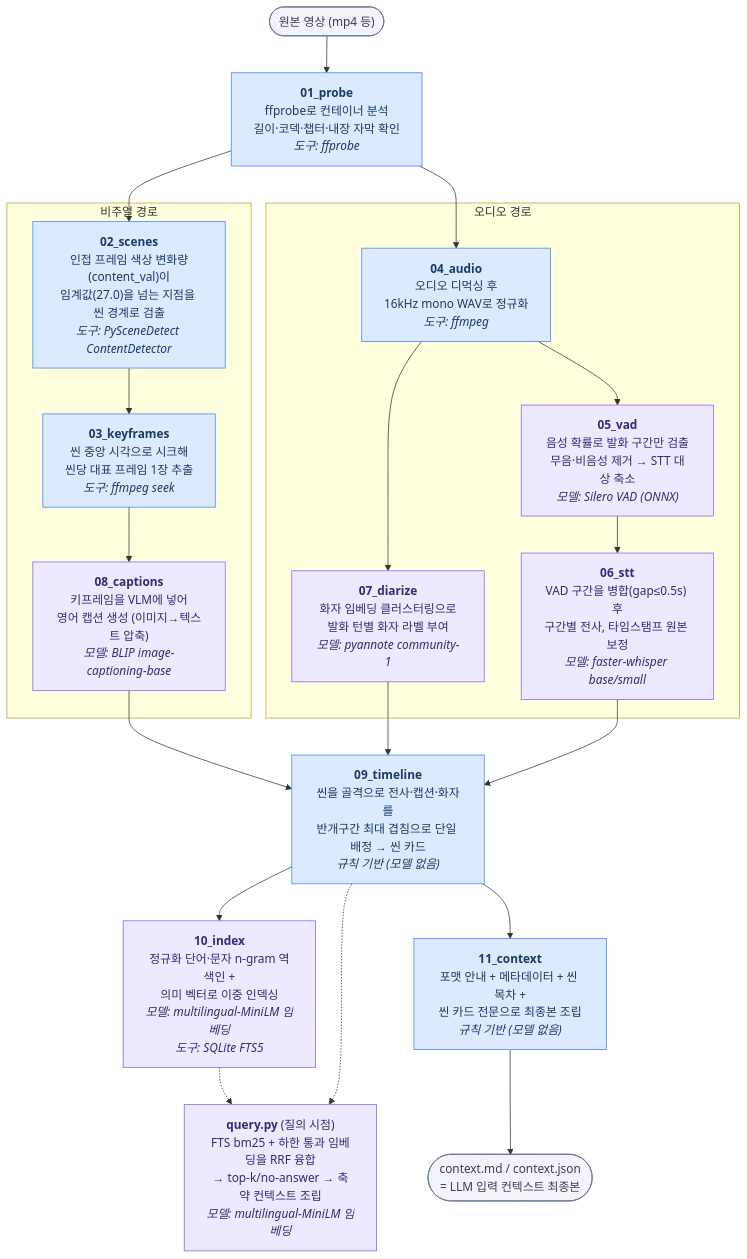
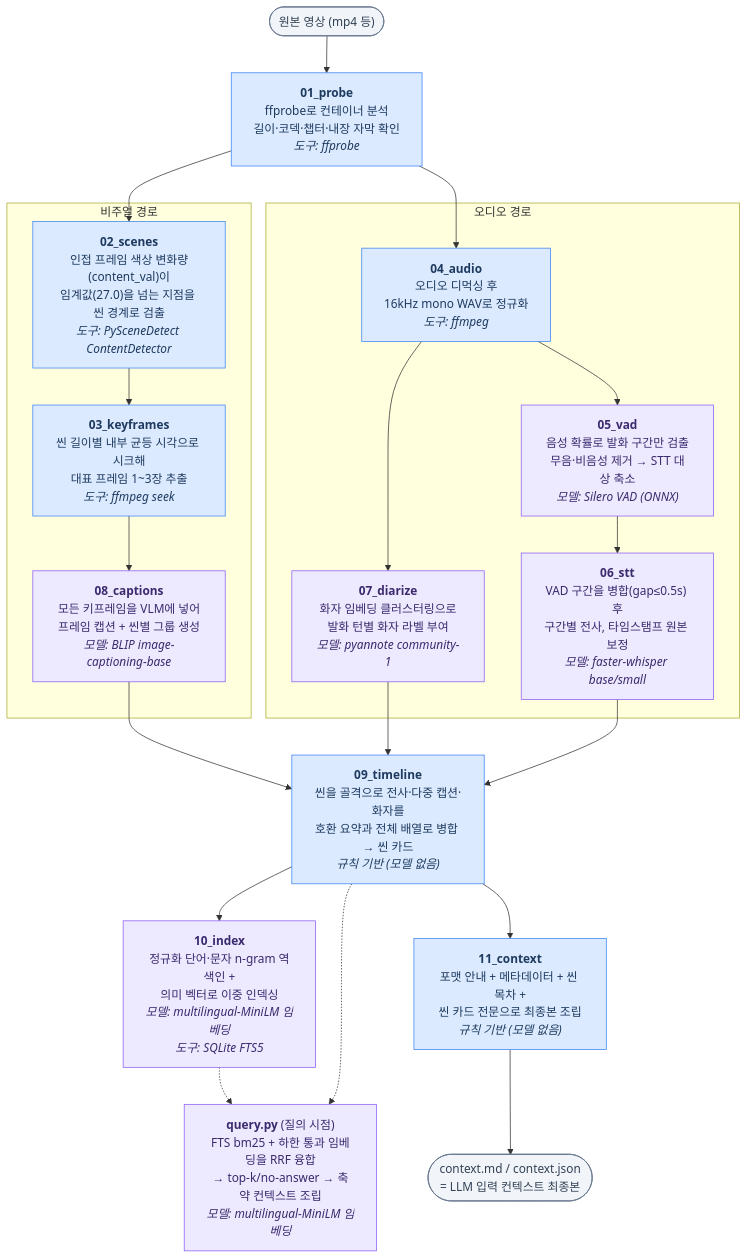
One commit to haesookimDev/video-preprocess changed the diagram in docs/05-pipeline.md. Above: the diagram before and after it, drawn with Mermaid. The commit also changed other lines of this file and 10 other files, not shown here.

````diff
--- a/docs/05-pipeline.md
+++ b/docs/05-pipeline.md
@@ -6,51 +6,51 @@
 ```mermaid
 flowchart TD
     V(["원본 영상 (mp4 등)"]) --> S01
 
     S01["<b>01_probe</b><br/>ffprobe로 컨테이너 분석<br/>길이·코덱·챕터·내장 자막 확인<br/><i>도구: ffprobe</i>"]
 
     S01 --> S02
     S01 --> S04
 
     subgraph VIDEO ["비주얼 경로"]
         S02["<b>02_scenes</b><br/>인접 프레임 색상 변화량(content_val)이<br/>임계값(27.0)을 넘는 지점을 씬 경계로 검출<br/><i>도구: PySceneDetect ContentDetector</i>"]
-        S03["<b>03_keyframes</b><br/>씬 중앙 시각으로 시크해<br/>씬당 대표 프레임 1장 추출<br/><i>도구: ffmpeg seek</i>"]
-        S08["<b>08_captions</b><br/>키프레임을 VLM에 넣어<br/>영어 캡션 생성 (이미지→텍스트 압축)<br/><i>모델: BLIP image-captioning-base</i>"]
+        S03["<b>03_keyframes</b><br/>씬 길이별 내부 균등 시각으로 시크해<br/>대표 프레임 1~3장 추출<br/><i>도구: ffmpeg seek</i>"]
+        S08["<b>08_captions</b><br/>모든 키프레임을 VLM에 넣어<br/>프레임 캡션 + 씬별 그룹 생성<br/><i>모델: BLIP image-captioning-base</i>"]
         S02 --> S03 --> S08
     end
 
     subgraph AUDIO ["오디오 경로"]
         S04["<b>04_audio</b><br/>오디오 디먹싱 후<br/>16kHz mono WAV로 정규화<br/><i>도구: ffmpeg</i>"]
         S05["<b>05_vad</b><br/>음성 확률로 발화 구간만 검출<br/>무음·비음성 제거 → STT 대상 축소<br/><i>모델: Silero VAD (ONNX)</i>"]
         S06["<b>06_stt</b><br/>VAD 구간을 병합(gap≤0.5s) 후<br/>구간별 전사, 타임스탬프 원본 보정<br/><i>모델: faster-whisper base/small</i>"]
         S07["<b>07_diarize</b><br/>화자 임베딩 클러스터링으로<br/>발화 턴별 화자 라벨 부여<br/><i>모델: pyannote community-1</i>"]
         S04 --> S05 --> S06
         S04 --> S07
     end
 
     S08 --> S09
     S07 --> S09
     S06 --> S09
 
-    S09["<b>09_timeline</b><br/>씬을 골격으로 전사·캡션·화자를<br/>반개구간 최대 겹침으로 단일 배정 → 씬 카드<br/><i>규칙 기반 (모델 없음)</i>"]
+    S09["<b>09_timeline</b><br/>씬을 골격으로 전사·다중 캡션·화자를<br/>호환 요약과 전체 배열로 병합 → 씬 카드<br/><i>규칙 기반 (모델 없음)</i>"]
 
     S09 --> S10
     S09 --> S11
 
     S10["<b>10_index</b><br/>정규화 단어·문자 n-gram 역색인 +<br/>의미 벡터로 이중 인덱싱<br/><i>모델: multilingual-MiniLM 임베딩<br/>도구: SQLite FTS5</i>"]
 
     S11["<b>11_context</b><br/>포맷 안내 + 메타데이터 + 씬 목차 +<br/>씬 카드 전문으로 최종본 조립<br/><i>규칙 기반 (모델 없음)</i>"]
 
     S11 --> OUT(["context.md / context.json<br/>= LLM 입력 컨텍스트 최종본"])
 
     S10 -.-> Q
     S09 -.-> Q
     Q["<b>query.py</b> (질의 시점)<br/>FTS bm25 + 하한 통과 임베딩을 RRF 융합<br/>→ top-k/no-answer → 축약 컨텍스트 조립<br/><i>모델: multilingual-MiniLM 임베딩</i>"]
 
     classDef rule fill:#dbeafe,stroke:#3b82f6,color:#1e3a5f
     classDef ml fill:#ede9fe,stroke:#8b5cf6,color:#3b2a6e
     classDef io fill:#f1f5f9,stroke:#64748b,color:#334155
     class S01,S02,S03,S04,S09,S11 rule
     class S05,S06,S07,S08,S10,Q ml
     class V,OUT io
 ```
````
